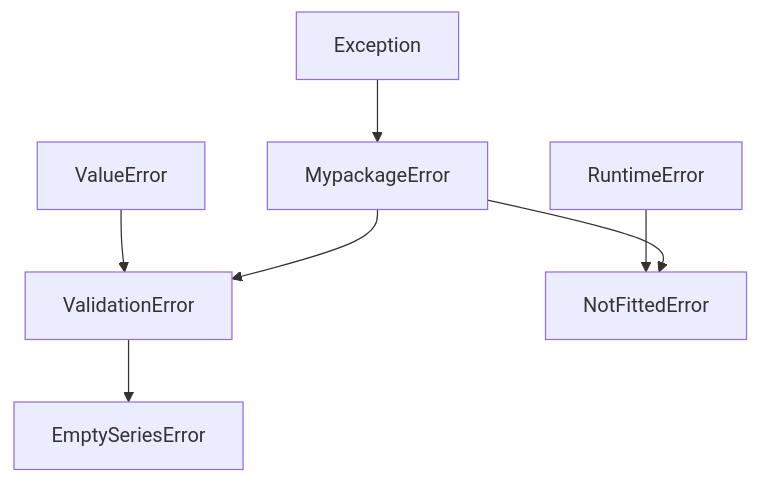
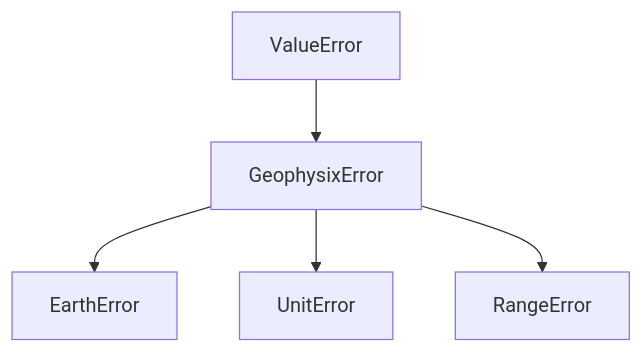
Before and after one commit to jejjohnson/geophysix: the diagram in docs/api/exceptions.md, drawn with Mermaid. The commit also changed other lines of this file and 83 other files, not shown here.

````diff
--- a/docs/api/exceptions.md
+++ b/docs/api/exceptions.md
@@ -7,9 +5,7 @@
 ```mermaid
 graph TD
-    E[Exception] --> M[MypackageError]
-    V[ValueError] --> VE[ValidationError]
-    M --> VE
-    VE --> ES[EmptySeriesError]
-    R[RuntimeError] --> NF[NotFittedError]
-    M --> NF
+    V[ValueError] --> G[GeophysixError]
+    G --> E[EarthError]
+    G --> U[UnitError]
+    G --> R[RangeError]
 ```
````
